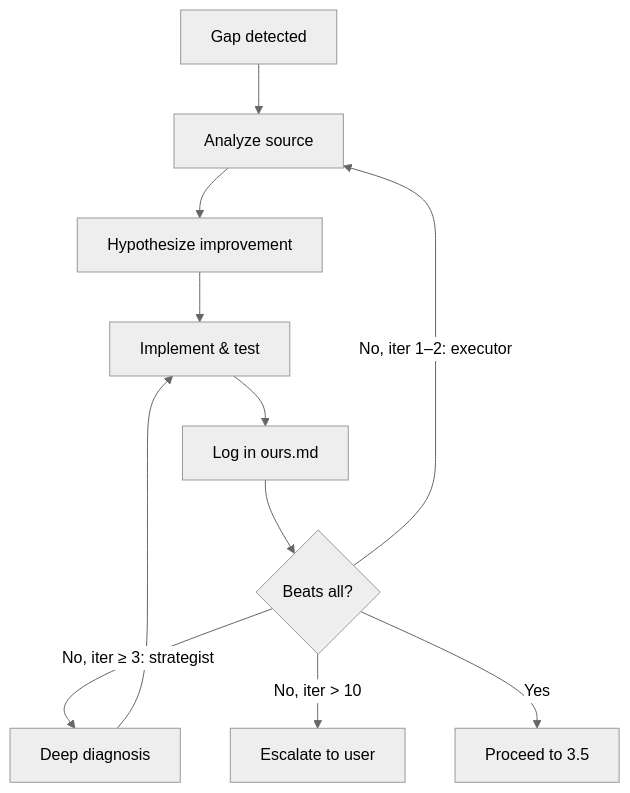
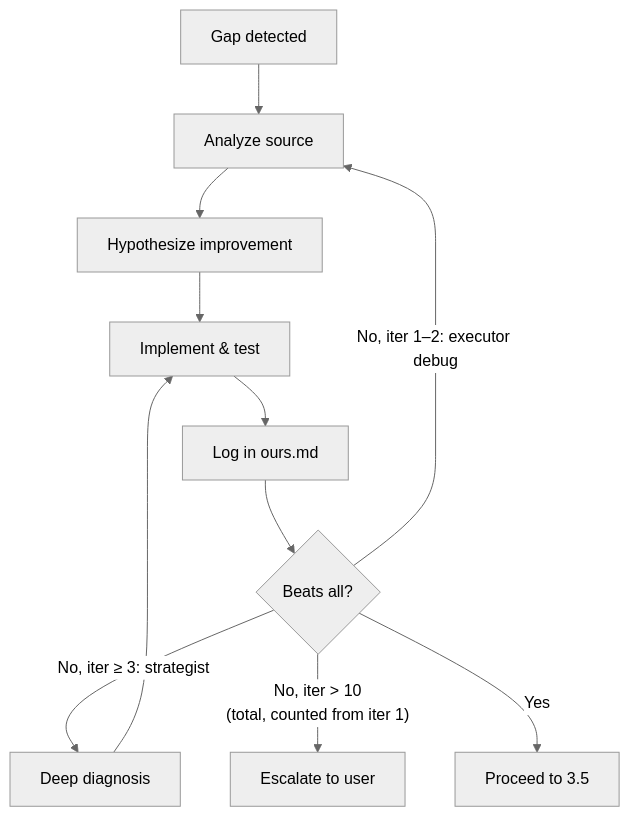
The third of 3 diagrams in .claude/skills/paperclaw-experiment-AI/SKILL.md (Paper-Claw/PaperClaw), drawn with Mermaid (neutral theme) before and after one commit. The commit also changed other lines of this file and 2 other files, not shown here.

````diff
--- a/.claude/skills/paperclaw-experiment-AI/SKILL.md
+++ b/.claude/skills/paperclaw-experiment-AI/SKILL.md
@@ -503,13 +508,13 @@
 ```mermaid
 flowchart TD
     A["Gap detected"] --> B["Analyze source"]
     B --> C["Hypothesize improvement"]
     C --> D["Implement & test"]
     D --> E["Log in ours.md"]
     E --> F{"Beats all?"}
-    F -->|"No, iter 1–2: executor"| B
+    F -->|"No, iter 1–2: executor debug"| B
     F -->|"No, iter ≥ 3: strategist"| G["Deep diagnosis"]
     G --> D
-    F -->|"No, iter > 10"| H["Escalate to user"]
+    F -->|"No, iter > 10\n(total, counted from iter 1)"| H["Escalate to user"]
     F -->|Yes| I["Proceed to 3.5"]
 ```
````
